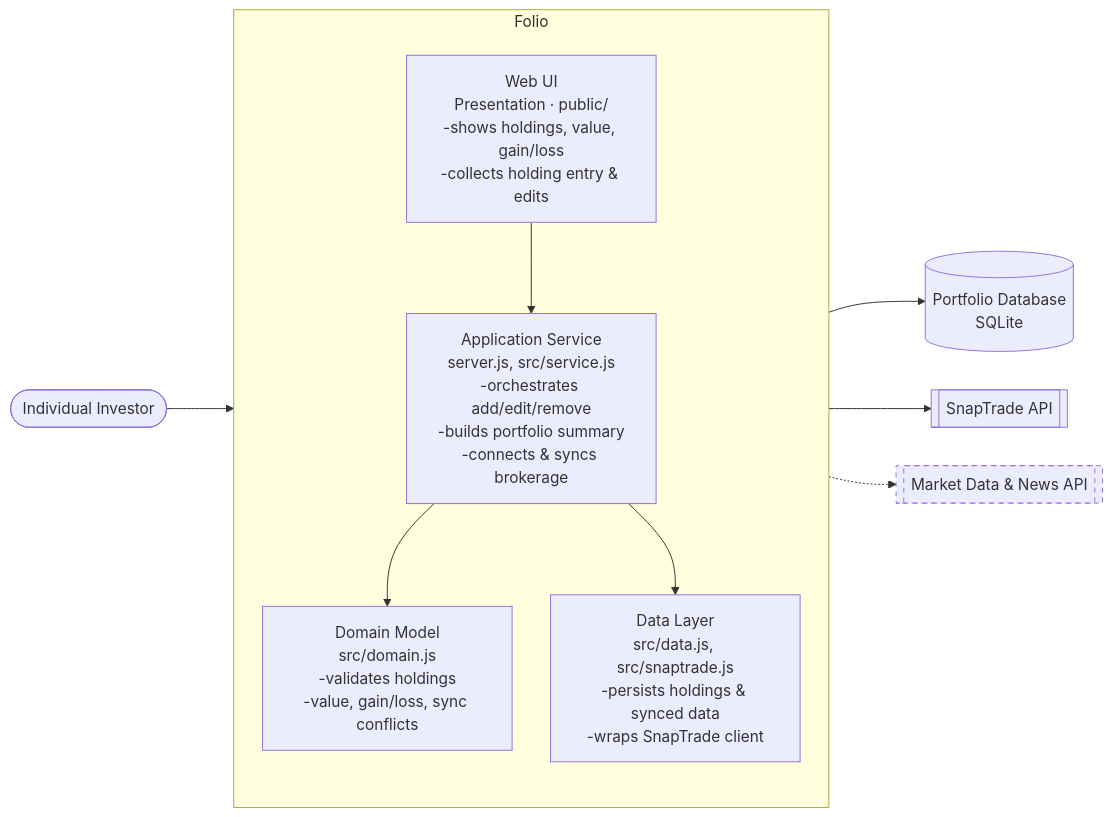
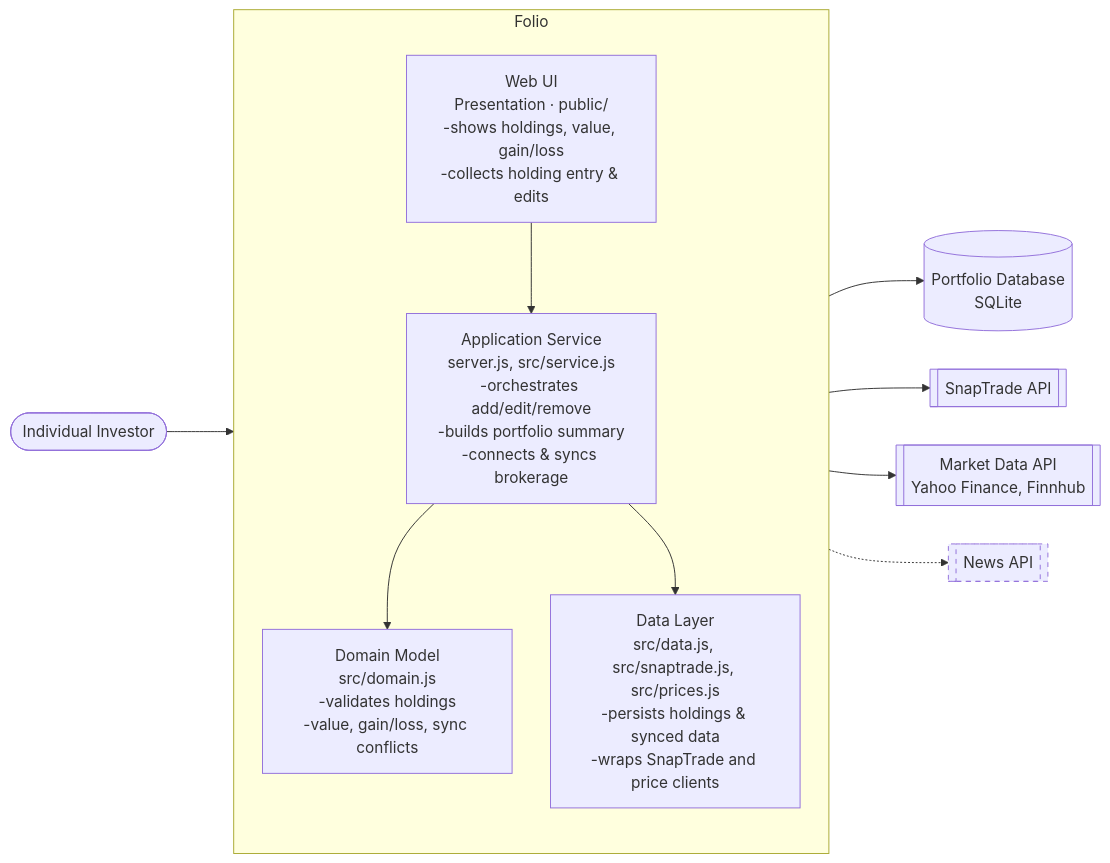
Before and after one commit to dquin144/cen5064-project-quinones: the second of 5 diagrams in README.md, drawn with Mermaid. The commit also changed other lines of this file and 6 other files, not shown here.

Commit message:
Add live stock prices (Yahoo Finance, Finnhub backup)

````diff
--- a/README.md
+++ b/README.md
@@ -118,27 +126,29 @@
 ```mermaid
 %%{init: {'flowchart': {'nodeSpacing': 40, 'rankSpacing': 70, 'curve': 'basis'}}}%%
 flowchart LR
     user([Individual Investor])
 
     subgraph System [Folio]
         direction TB
         ui[Web UI<br/>Presentation · public/<br/>-shows holdings, value, gain/loss<br/>-collects holding entry & edits]
         service[Application Service<br/>server.js, src/service.js<br/>-orchestrates add/edit/remove<br/>-builds portfolio summary<br/>-connects & syncs brokerage]
         domain[Domain Model<br/>src/domain.js<br/>-validates holdings<br/>-value, gain/loss, sync conflicts]
-        data[Data Layer<br/>src/data.js, src/snaptrade.js<br/>-persists holdings & synced data<br/>-wraps SnapTrade client]
+        data[Data Layer<br/>src/data.js, src/snaptrade.js, src/prices.js<br/>-persists holdings & synced data<br/>-wraps SnapTrade and price clients]
         ui --> service --> domain
         service --> data
     end
 
     db[(Portfolio Database<br/>SQLite)]
     snaptrade[[SnapTrade API]]
-    market[[Market Data & News API]]
+    market[[Market Data API<br/>Yahoo Finance, Finnhub]]
+    news[[News API]]
 
     user --> ui
     data --> db
     data --> snaptrade
-    data -.-> market
+    data --> market
+    data -.-> news
 
     classDef planned stroke-dasharray: 5 5
-    class market planned
+    class news planned
 ```
````
